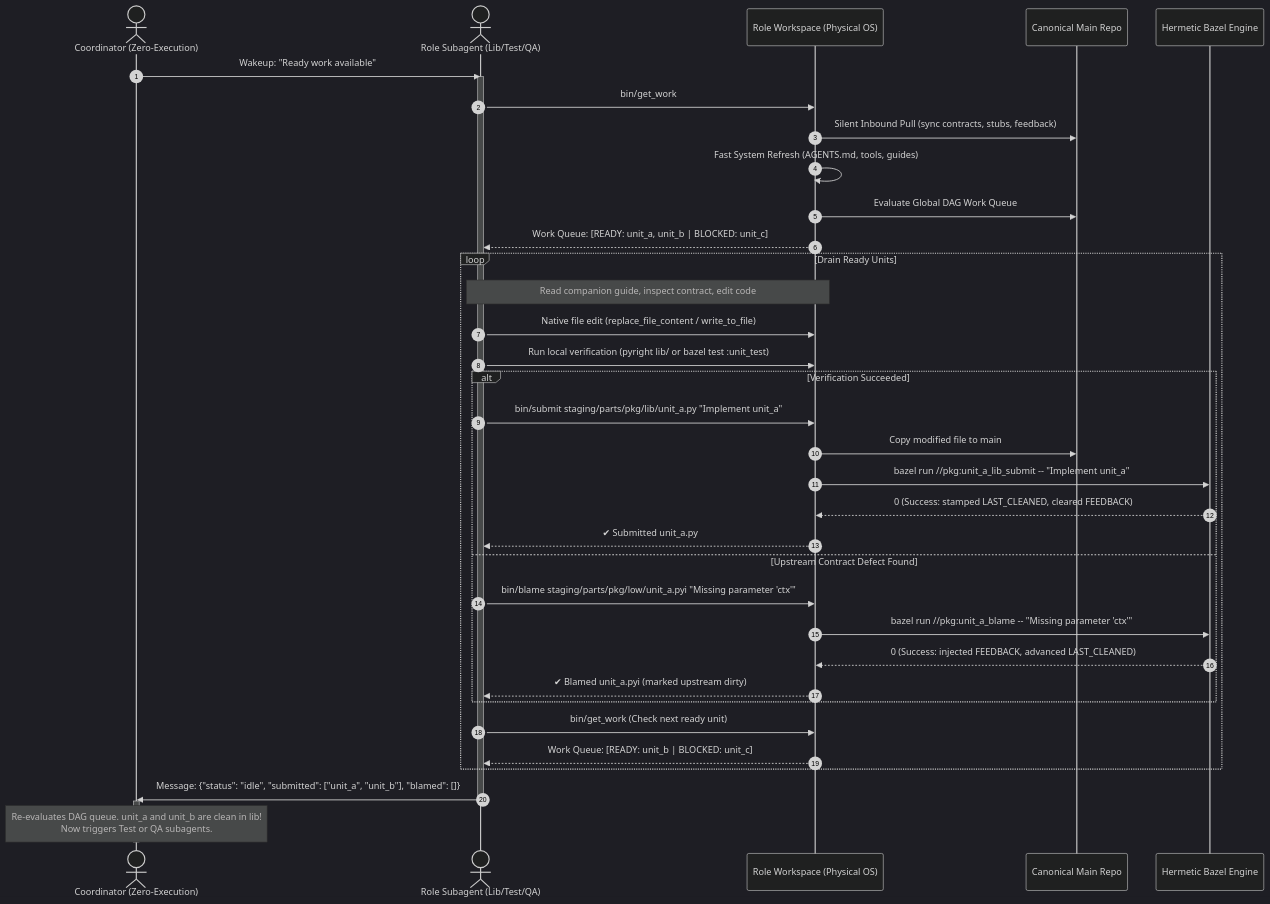
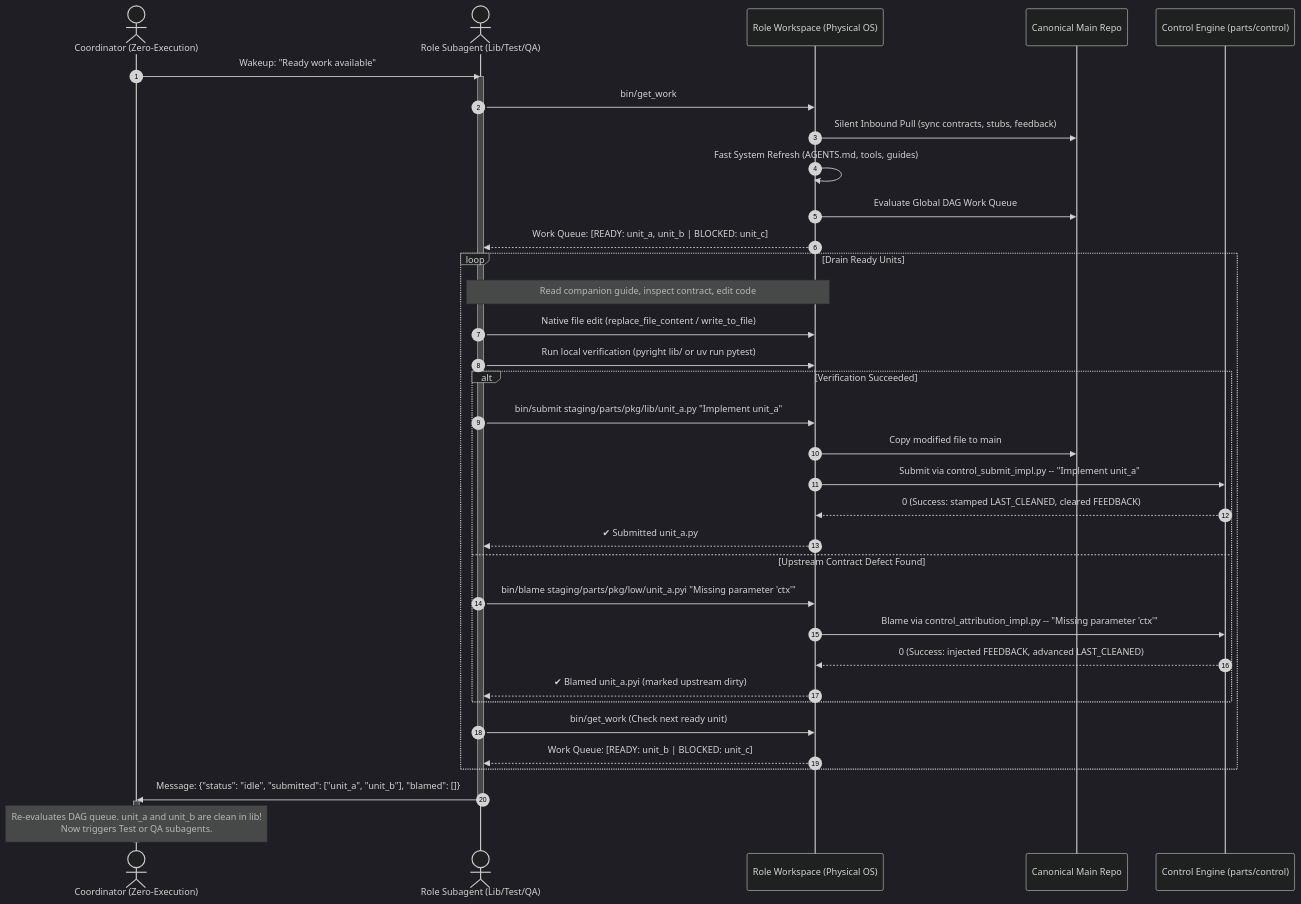
One commit to mcdirmid/cleanroom changed the second of 8 diagrams in design-docs/subagent_driven_cleanroom_workspaces_todo.md. Above: the diagram before and after it, drawn with Mermaid (dark theme). The commit also changed other lines of this file and 622 other files, not shown here.

````diff
--- a/design-docs/subagent_driven_cleanroom_workspaces_todo.md
+++ b/design-docs/subagent_driven_cleanroom_workspaces_todo.md
@@ -147,47 +147,47 @@
 ```mermaid
 sequenceDiagram
     autonumber
     actor Coord as Coordinator (Zero-Execution)
     actor Subagent as Role Subagent (Lib/Test/QA)
     participant WS as Role Workspace (Physical OS)
     participant Main as Canonical Main Repo
-    participant Bazel as Hermetic Bazel Engine
+    participant Control as Control Engine (parts/control)
 
     Coord->>Subagent: Wakeup: "Ready work available"
     activate Subagent
     
     Subagent->>WS: bin/get_work
     WS->>Main: Silent Inbound Pull (sync contracts, stubs, feedback)
     WS->>WS: Fast System Refresh (AGENTS.md, tools, guides)
     WS->>Main: Evaluate Global DAG Work Queue
     WS-->>Subagent: Work Queue: [READY: unit_a, unit_b | BLOCKED: unit_c]
 
     loop Drain Ready Units
         Note over Subagent,WS: Read companion guide, inspect contract, edit code
         Subagent->>WS: Native file edit (replace_file_content / write_to_file)
-        Subagent->>WS: Run local verification (pyright lib/ or bazel test :unit_test)
+        Subagent->>WS: Run local verification (pyright lib/ or uv run pytest)
         
         alt Verification Succeeded
             Subagent->>WS: bin/submit staging/parts/pkg/lib/unit_a.py "Implement unit_a"
             WS->>Main: Copy modified file to main
-            WS->>Bazel: bazel run //pkg:unit_a_lib_submit -- "Implement unit_a"
-            Bazel-->>WS: 0 (Success: stamped LAST_CLEANED, cleared FEEDBACK)
+            WS->>Control: Submit via control_submit_impl.py -- "Implement unit_a"
+            Control-->>WS: 0 (Success: stamped LAST_CLEANED, cleared FEEDBACK)
             WS-->>Subagent: ✔ Submitted unit_a.py
         else Upstream Contract Defect Found
             Subagent->>WS: bin/blame staging/parts/pkg/low/unit_a.pyi "Missing parameter 'ctx'"
-            WS->>Bazel: bazel run //pkg:unit_a_blame -- "Missing parameter 'ctx'"
-            Bazel-->>WS: 0 (Success: injected FEEDBACK, advanced LAST_CLEANED)
+            WS->>Control: Blame via control_attribution_impl.py -- "Missing parameter 'ctx'"
+            Control-->>WS: 0 (Success: injected FEEDBACK, advanced LAST_CLEANED)
             WS-->>Subagent: ✔ Blamed unit_a.pyi (marked upstream dirty)
         end
 
         Subagent->>WS: bin/get_work (Check next ready unit)
         WS-->>Subagent: Work Queue: [READY: unit_b | BLOCKED: unit_c]
     end
 
     Subagent->>Coord: Message: {"status": "idle", "submitted": ["unit_a", "unit_b"], "blamed": []}
     deactivate Subagent
     
     activate Coord
     Note over Coord: Re-evaluates DAG queue. unit_a and unit_b are clean in lib!<br/>Now triggers Test or QA subagents.
     deactivate Coord
 ```
````
